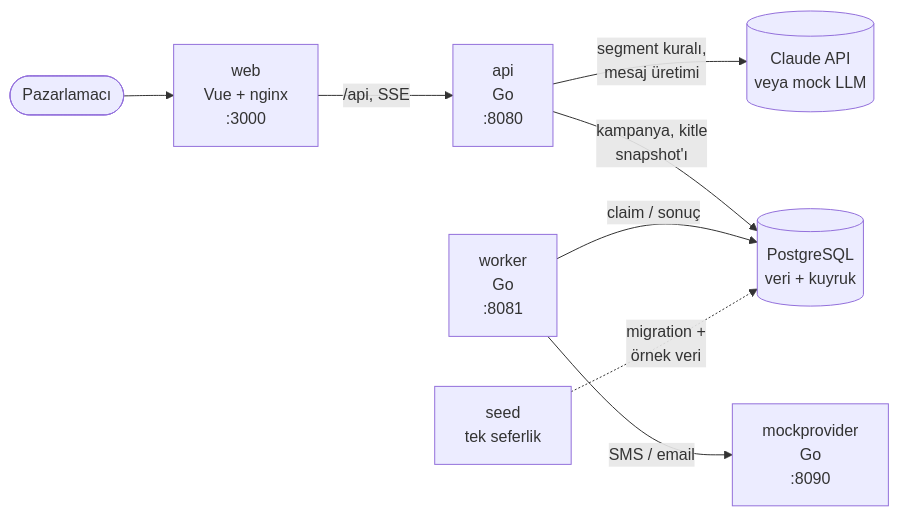
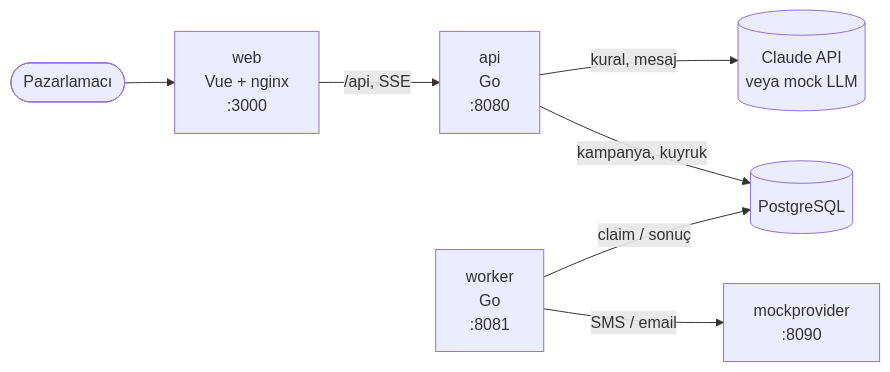
The diagram in README.md (baychorov/Smart-Campaign-Composer), drawn with Mermaid before and after one commit. The commit also changed other lines of this file, not shown here.

````diff
--- a/README.md
+++ b/README.md
@@ -62,10 +41,9 @@
 ```mermaid
 flowchart LR
     U([Pazarlamacı]) --> W["web<br/>Vue + nginx<br/>:3000"]
     W -- "/api, SSE" --> A["api<br/>Go<br/>:8080"]
-    A -- "segment kuralı,<br/>mesaj üretimi" --> C[(Claude API<br/>veya mock LLM)]
-    A -- "kampanya, kitle<br/>snapshot'ı" --> P[(PostgreSQL<br/>veri + kuyruk)]
+    A -- "kural, mesaj" --> C[(Claude API<br/>veya mock LLM)]
+    A -- "kampanya, kuyruk" --> P[(PostgreSQL)]
     K["worker<br/>Go<br/>:8081"] -- "claim / sonuç" --> P
-    K -- "SMS / email" --> M["mockprovider<br/>Go<br/>:8090"]
-    S["seed<br/>tek seferlik"] -. "migration +<br/>örnek veri" .-> P
+    K -- "SMS / email" --> M["mockprovider<br/>:8090"]
 ```
````
